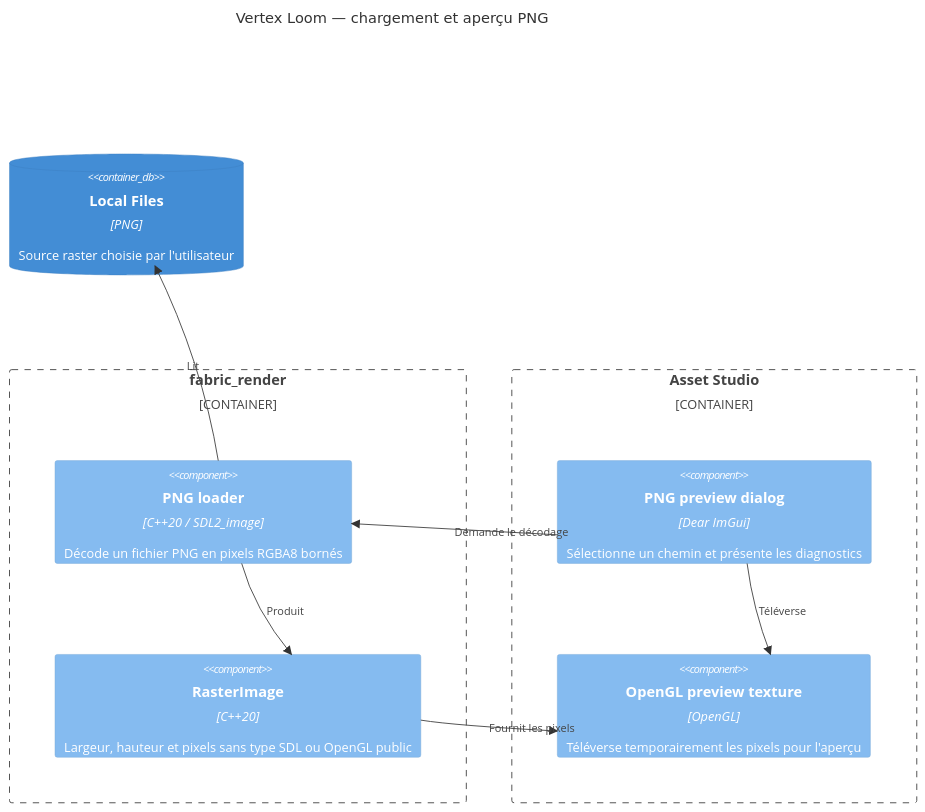
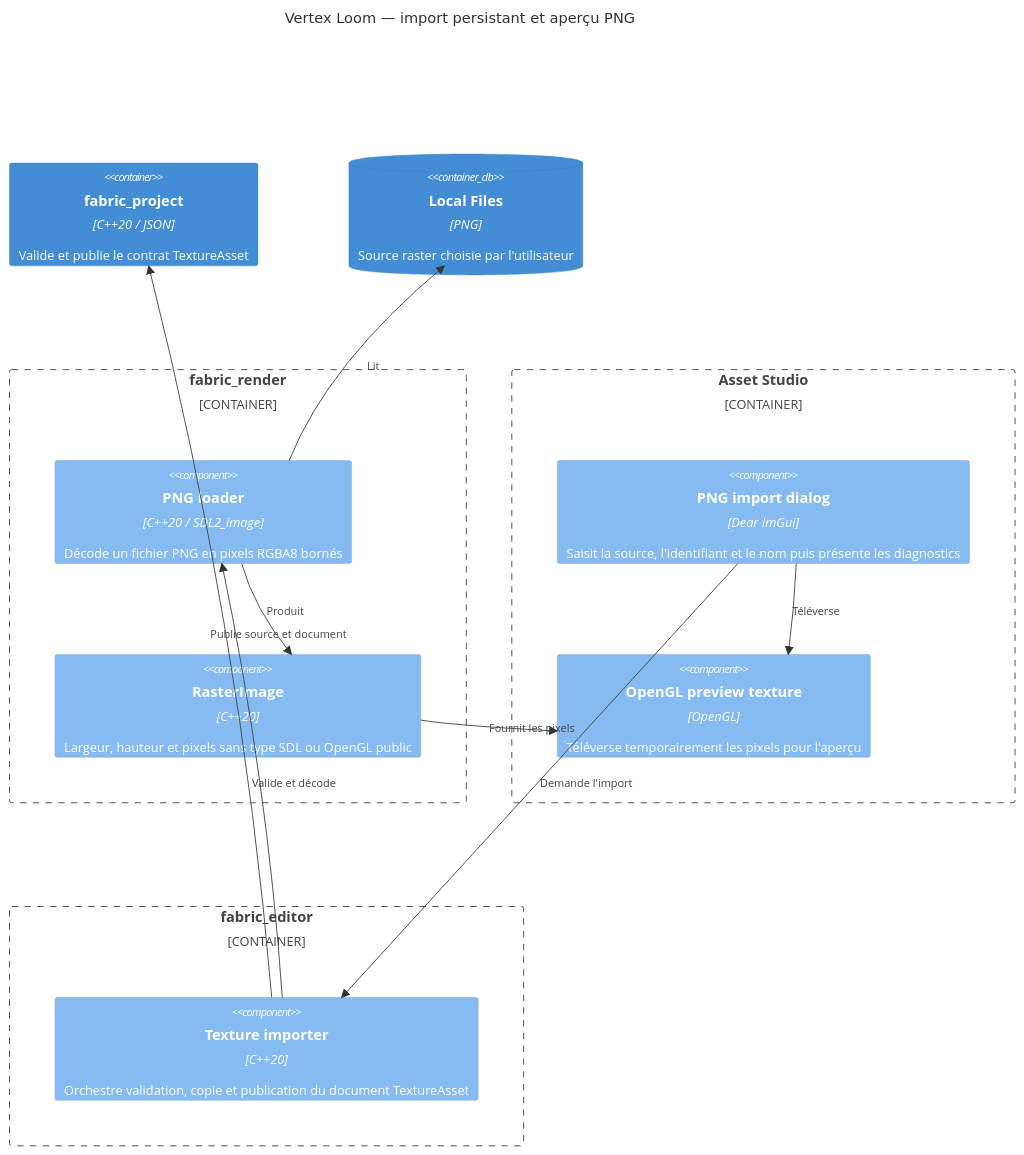
Before and after one commit to tristan-monticelli/vertex-loom: the diagram in docs/architecture/components/raster-import.md, drawn with Mermaid. The commit also changed other lines of this file and 20 other files, not shown here.

Commit message:
feat(project): add persistent PNG texture import

````diff
--- a/docs/architecture/components/raster-import.md
+++ b/docs/architecture/components/raster-import.md
@@ -3,18 +3,24 @@
 ```mermaid
 C4Component
-    title Vertex Loom — chargement et aperçu PNG
+    title Vertex Loom — import persistant et aperçu PNG
     Container_Boundary(render, "fabric_render") {
         Component(loader, "PNG loader", "C++20 / SDL2_image", "Décode un fichier PNG en pixels RGBA8 bornés")
         Component(image, "RasterImage", "C++20", "Largeur, hauteur et pixels sans type SDL ou OpenGL public")
     }
     Container_Boundary(asset, "Asset Studio") {
-        Component(import_ui, "PNG preview dialog", "Dear ImGui", "Sélectionne un chemin et présente les diagnostics")
+        Component(import_ui, "PNG import dialog", "Dear ImGui", "Saisit la source, l'identifiant et le nom puis présente les diagnostics")
         Component(gpu_preview, "OpenGL preview texture", "OpenGL", "Téléverse temporairement les pixels pour l'aperçu")
     }
+    Container_Boundary(editor, "fabric_editor") {
+        Component(importer, "Texture importer", "C++20", "Orchestre validation, copie et publication du document TextureAsset")
+    }
+    Container(project, "fabric_project", "C++20 / JSON", "Valide et publie le contrat TextureAsset")
     ContainerDb(files, "Local Files", "PNG", "Source raster choisie par l'utilisateur")
-    Rel(import_ui, loader, "Demande le décodage")
+    Rel(import_ui, importer, "Demande l'import")
+    Rel(importer, loader, "Valide et décode")
+    Rel(importer, project, "Publie source et document")
     Rel(loader, files, "Lit")
     Rel(loader, image, "Produit")
     Rel(import_ui, gpu_preview, "Téléverse")
     Rel(image, gpu_preview, "Fournit les pixels")
 ```
````
